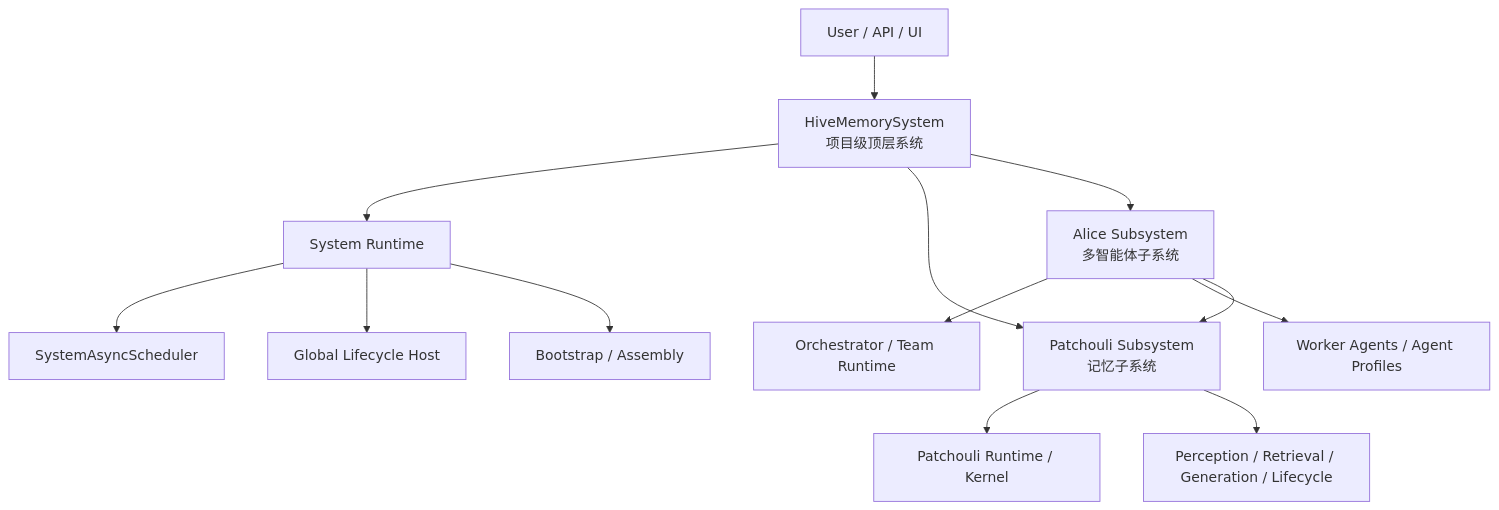
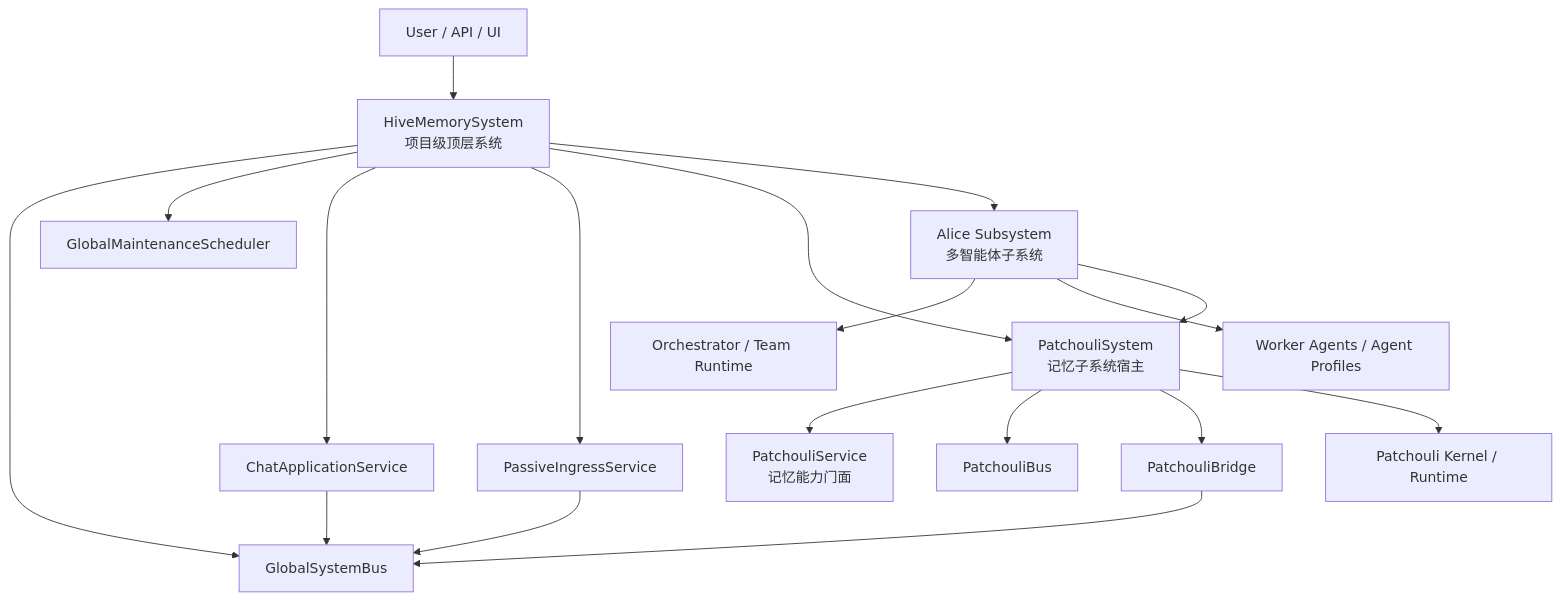
One commit to artemis03976/HiveMemory changed the diagram in docs/architecture_evolution/SystemArchitecture_v4_TopLevelSketch.md. Above: the diagram before and after it, drawn with Mermaid. The commit also changed other lines of this file and 16 other files, not shown here.

````diff
--- a/docs/architecture_evolution/SystemArchitecture_v4_TopLevelSketch.md
+++ b/docs/architecture_evolution/SystemArchitecture_v4_TopLevelSketch.md
@@ -158,20 +177,24 @@
 ```mermaid
 graph TD
     User[User / API / UI] --> HiveMemorySystem[HiveMemorySystem<br/>项目级顶层系统]
 
-    HiveMemorySystem --> SystemRuntime[System Runtime]
-    HiveMemorySystem --> Patchouli[Patchouli Subsystem<br/>记忆子系统]
+    HiveMemorySystem --> GlobalBus[GlobalSystemBus]
+    HiveMemorySystem --> GlobalScheduler[GlobalMaintenanceScheduler]
+    HiveMemorySystem --> ChatApp[ChatApplicationService]
+    HiveMemorySystem --> IngressApp[PassiveIngressService]
+    HiveMemorySystem --> Patchouli[PatchouliSystem<br/>记忆子系统宿主]
     HiveMemorySystem --> Alice[Alice Subsystem<br/>多智能体子系统]
 
-    SystemRuntime --> Scheduler[SystemAsyncScheduler]
-    SystemRuntime --> Lifecycle[Global Lifecycle Host]
-    SystemRuntime --> Bootstrap[Bootstrap / Assembly]
-
-    Patchouli --> PatchouliRuntime[Patchouli Runtime / Kernel]
-    Patchouli --> MemoryEngines[Perception / Retrieval / Generation / Lifecycle]
+    Patchouli --> PatchouliService[PatchouliService<br/>记忆能力门面]
+    Patchouli --> PatchouliBus[PatchouliBus]
+    Patchouli --> PatchouliBridge[PatchouliBridge]
+    Patchouli --> PatchouliRuntime[Patchouli Kernel / Runtime]
 
     Alice --> MultiAgentRuntime[Orchestrator / Team Runtime]
     Alice --> Agents[Worker Agents / Agent Profiles]
 
+    ChatApp --> GlobalBus
+    IngressApp --> GlobalBus
+    PatchouliBridge --> GlobalBus
     Alice --> Patchouli
 ```
````
